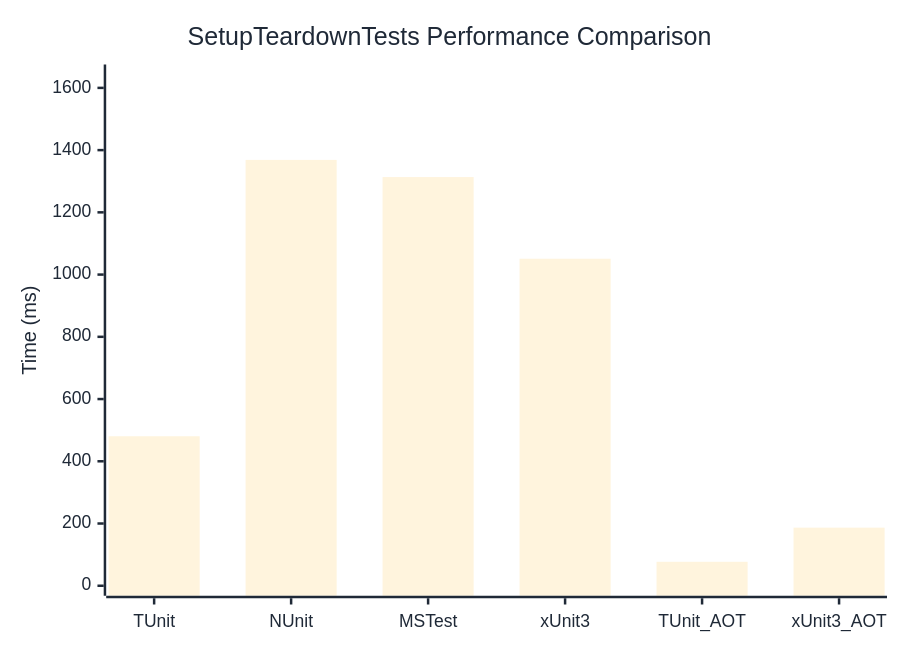
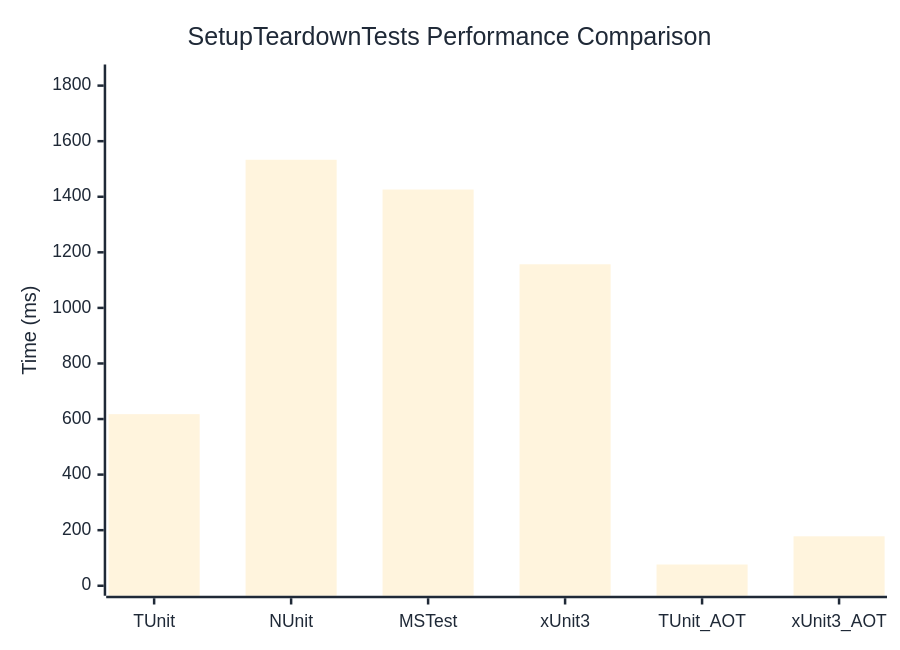
Before and after one commit to thomhurst/TUnit: the diagram in docs/docs/benchmarks/engine/SetupTeardownTests.md, drawn with Mermaid. The commit also changed other lines of this file and 18 other files, not shown here.

````diff
--- a/docs/docs/benchmarks/engine/SetupTeardownTests.md
+++ b/docs/docs/benchmarks/engine/SetupTeardownTests.md
@@ -30,37 +30,37 @@
 ```mermaid
 %%{init: {
   'theme':'base',
   'themeVariables': {
     'primaryColor': '#2563eb',
     'primaryTextColor': '#1f2937',
     'primaryBorderColor': '#1e40af',
     'lineColor': '#6b7280',
     'secondaryColor': '#7c3aed',
     'tertiaryColor': '#dc2626',
     'background': '#ffffff',
     'mainBkg': '#2563eb',
     'secondBkg': '#7c3aed',
     'tertiaryBkg': '#dc2626',
     'clusterBkg': '#f3f4f6',
     'edgeLabelBackground': '#ffffff',
     'tertiaryTextColor': '#1f2937',
     'pie1': '#2563eb',
     'pie2': '#7c3aed',
     'pie3': '#dc2626',
     'pie4': '#f59e0b',
     'pie5': '#10b981',
     'pie6': '#06b6d4',
     'pie7': '#ec4899',
     'pie8': '#6366f1',
     'pie9': '#84cc16',
     'pie10': '#f97316',
     'pie11': '#14b8a6',
     'pie12': '#a855f7'
   }
 }}%%
 xychart-beta
   title "SetupTeardownTests Performance Comparison"
   x-axis ["TUnit", "NUnit", "MSTest", "xUnit3", "TUnit_AOT", "xUnit3_AOT"]
-  y-axis "Time (ms)" 0 --> 1643
-  bar [480.42, 1368.52, 1313.38, 1050.98, 76.99, 186.77]
+  y-axis "Time (ms)" 0 --> 1840
+  bar [617.55, 1533.15, 1425.98, 1156.94, 76.46, 177.97]
 ```
````
